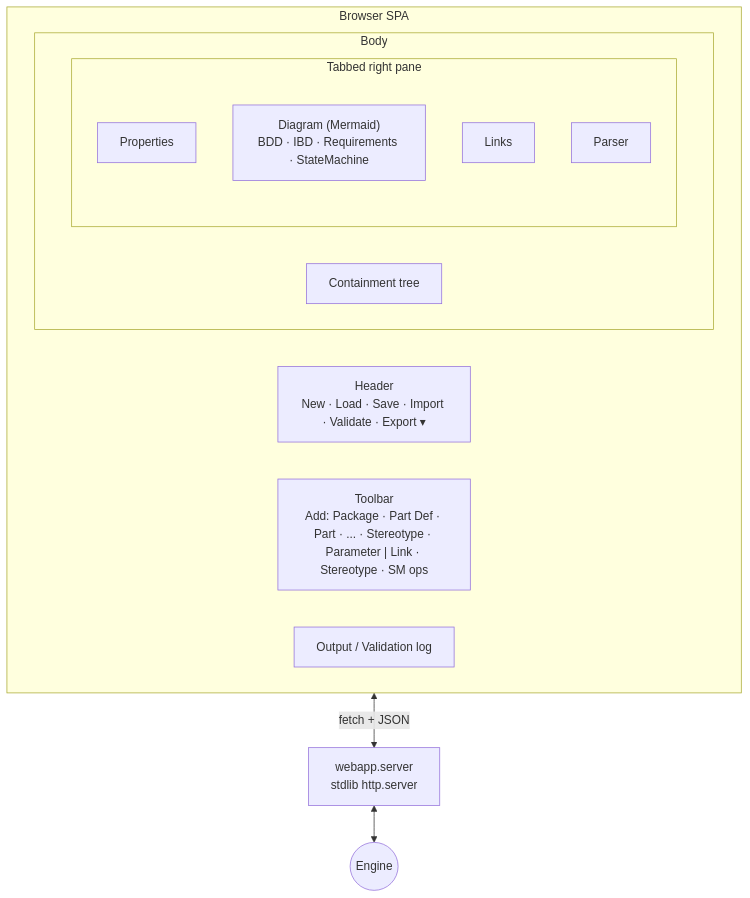
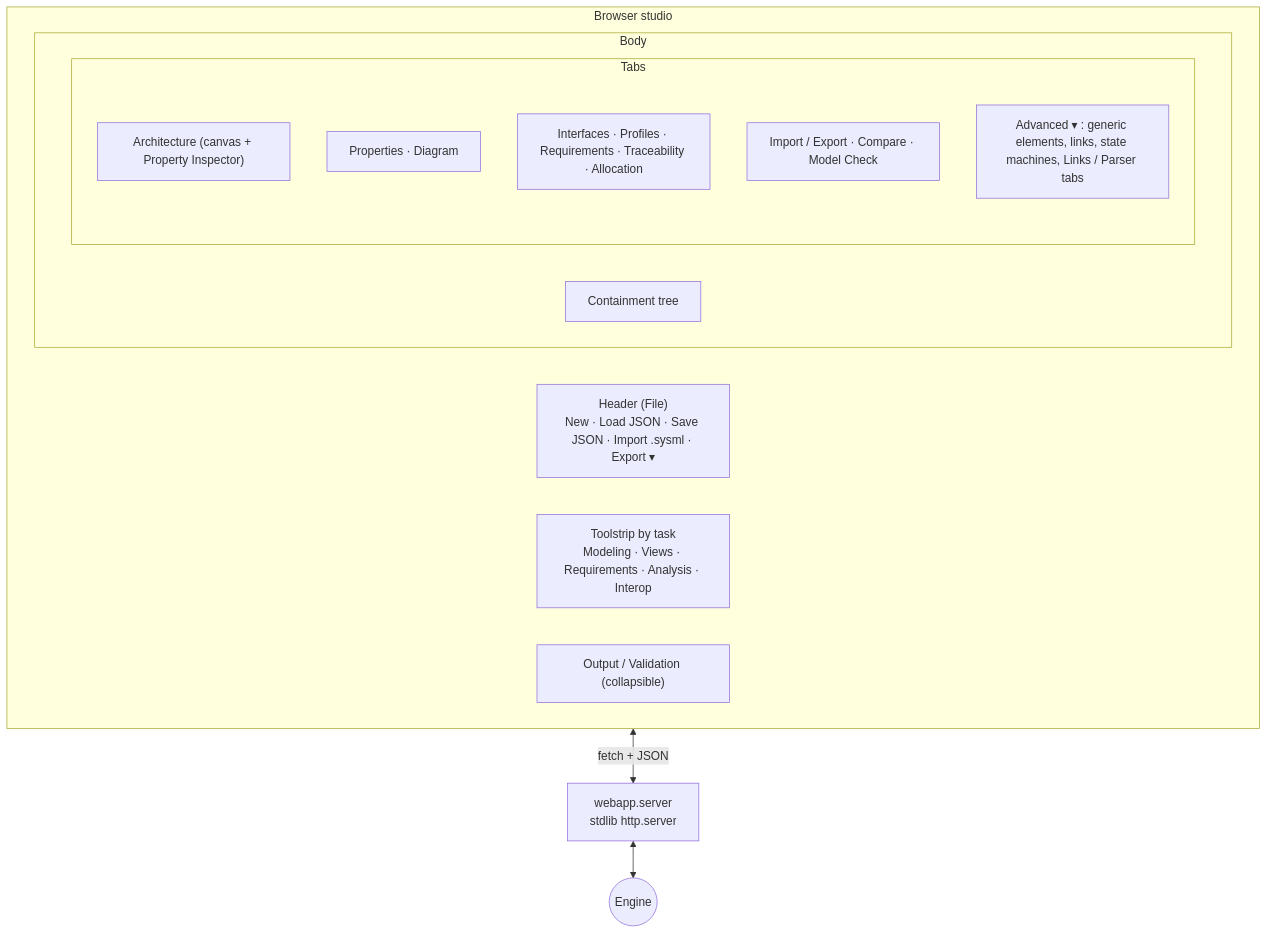
One commit to sudesh309/REQUIREMENT-FORMALISER changed the fourth of 21 diagrams in docs/USER_GUIDE.md. Above: the diagram before and after it, drawn with Mermaid. The commit also changed other lines of this file and 2 other files, not shown here.

````diff
--- a/docs/USER_GUIDE.md
+++ b/docs/USER_GUIDE.md
@@ -133,22 +147,23 @@
 ```mermaid
 flowchart TB
-    subgraph Browser["Browser SPA"]
+    subgraph Browser["Browser studio"]
         direction LR
-        HD["Header<br/>New · Load · Save · Import · Validate · Export ▾"]
-        TB["Toolbar<br/>Add: Package · Part Def · Part · ... · Stereotype · Parameter | Link · Stereotype · SM ops"]
+        HD["Header (File)<br/>New · Load JSON · Save JSON · Import .sysml · Export ▾"]
+        TB["Toolstrip by task<br/>Modeling · Views · Requirements · Analysis · Interop"]
         subgraph Body
             direction LR
             TREE["Containment tree"]
-            subgraph Right["Tabbed right pane"]
+            subgraph Right["Tabs"]
                 direction TB
-                P1["Properties"]
-                P2["Diagram (Mermaid)<br/>BDD · IBD · Requirements · StateMachine"]
-                P3["Links"]
-                P4["Parser"]
+                P0["Architecture (canvas + Property Inspector)"]
+                P1["Properties · Diagram"]
+                P2["Interfaces · Profiles · Requirements · Traceability · Allocation"]
+                P3["Import / Export · Compare · Model Check"]
+                P4["Advanced ▾ : generic elements, links, state machines, Links / Parser tabs"]
             end
         end
-        LOG["Output / Validation log"]
+        LOG["Output / Validation (collapsible)"]
     end
     Browser <-->|fetch + JSON| API["webapp.server<br/>stdlib http.server"]
     API <--> ENG((Engine))
 ```
````
